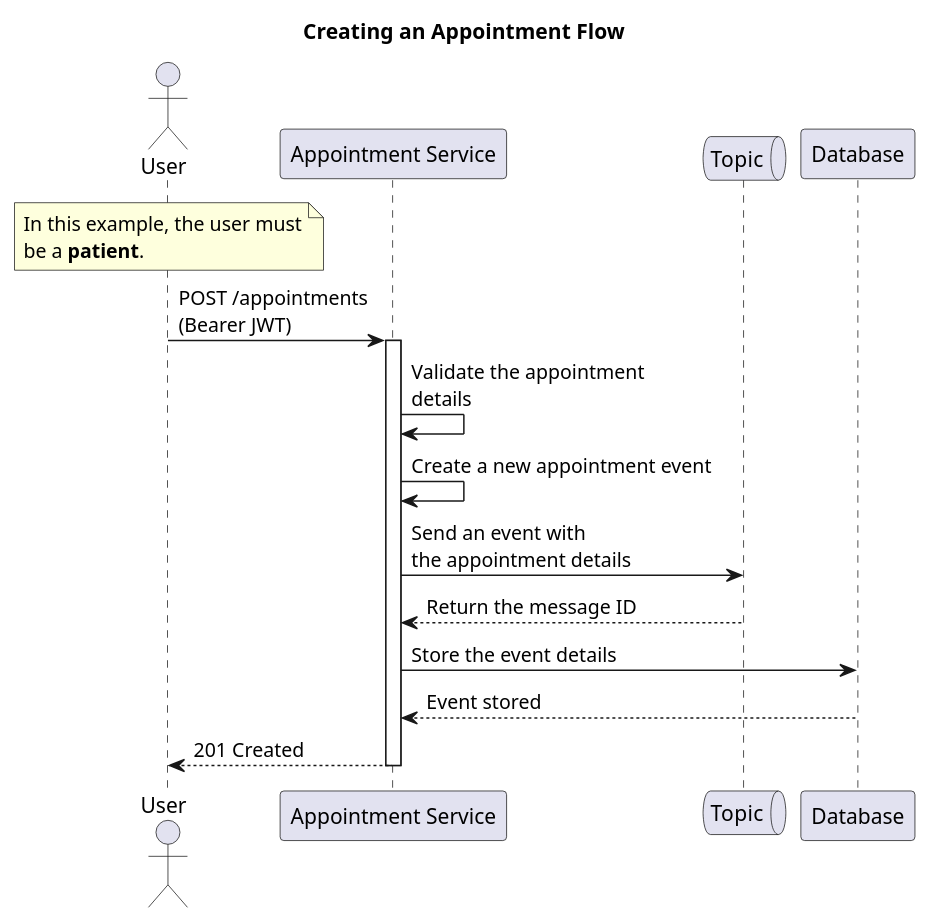
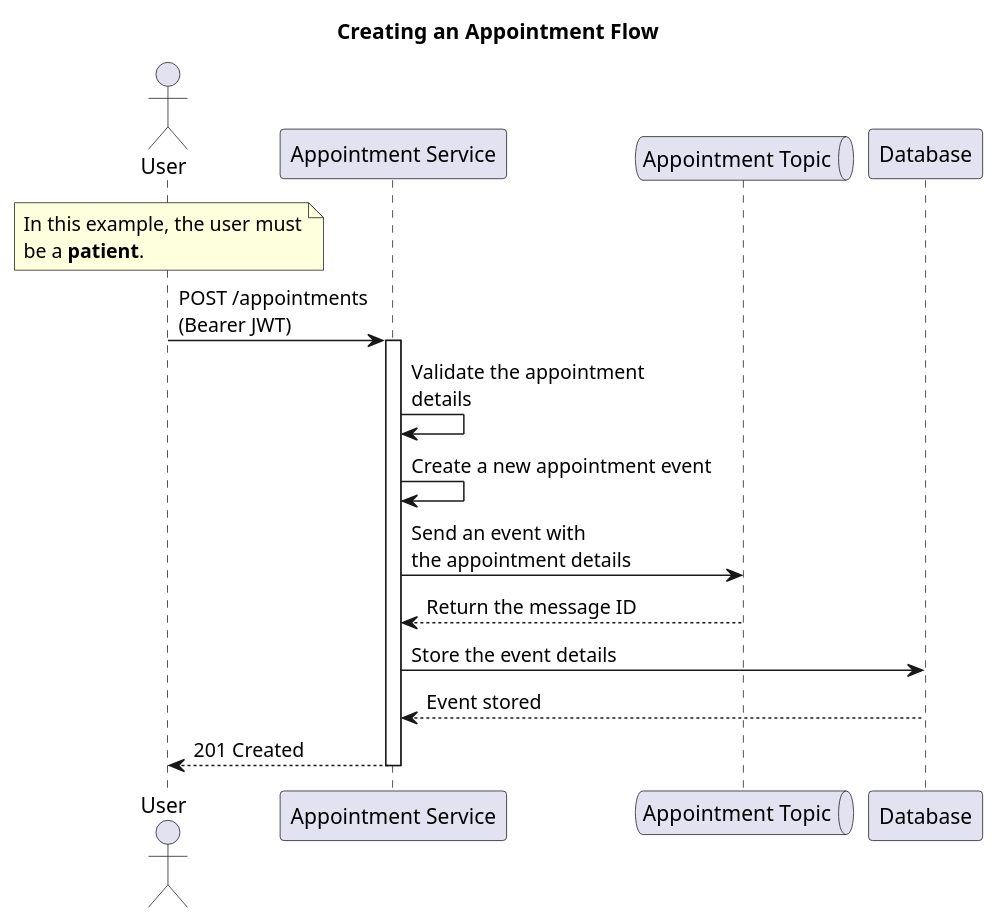
One commit to jfelipearaujo-healthmed/appointment-service changed the diagram in docs/create_appointment.puml. Above: the diagram before and after it, drawn with PlantUML. The commit also changed 8 other files, not shown here.

```diff
--- a/docs/create_appointment.puml
+++ b/docs/create_appointment.puml
@@ -1,27 +1,27 @@
 @startuml create_appointment
 
 title Creating an Appointment Flow
 
 actor "User" as user
 participant "Appointment Service" as appointment_service
-queue "Topic" as topic
+queue "Appointment Topic" as topic
 participant "Database" as database
 
 note over user
 In this example, the user must
 be a **patient**.
 end note
 
 user -> appointment_service: POST /appointments\n(Bearer JWT)
 
 activate appointment_service
 appointment_service -> appointment_service: Validate the appointment\ndetails
 appointment_service -> appointment_service: Create a new appointment event
 appointment_service -> topic: Send an event with\nthe appointment details
 topic --> appointment_service: Return the message ID
 appointment_service -> database: Store the event details
 database --> appointment_service: Event stored
 appointment_service --> user: 201 Created
 deactivate appointment_service
 
 @enduml
```
